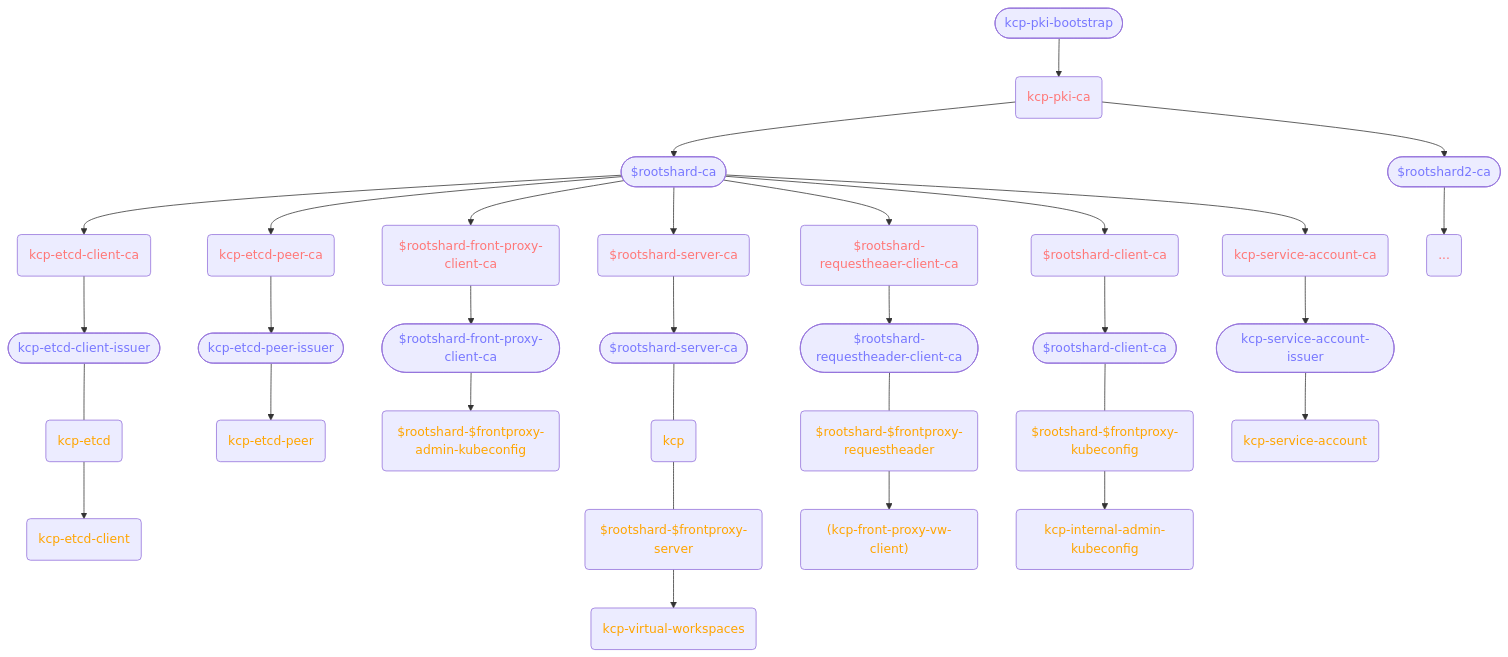
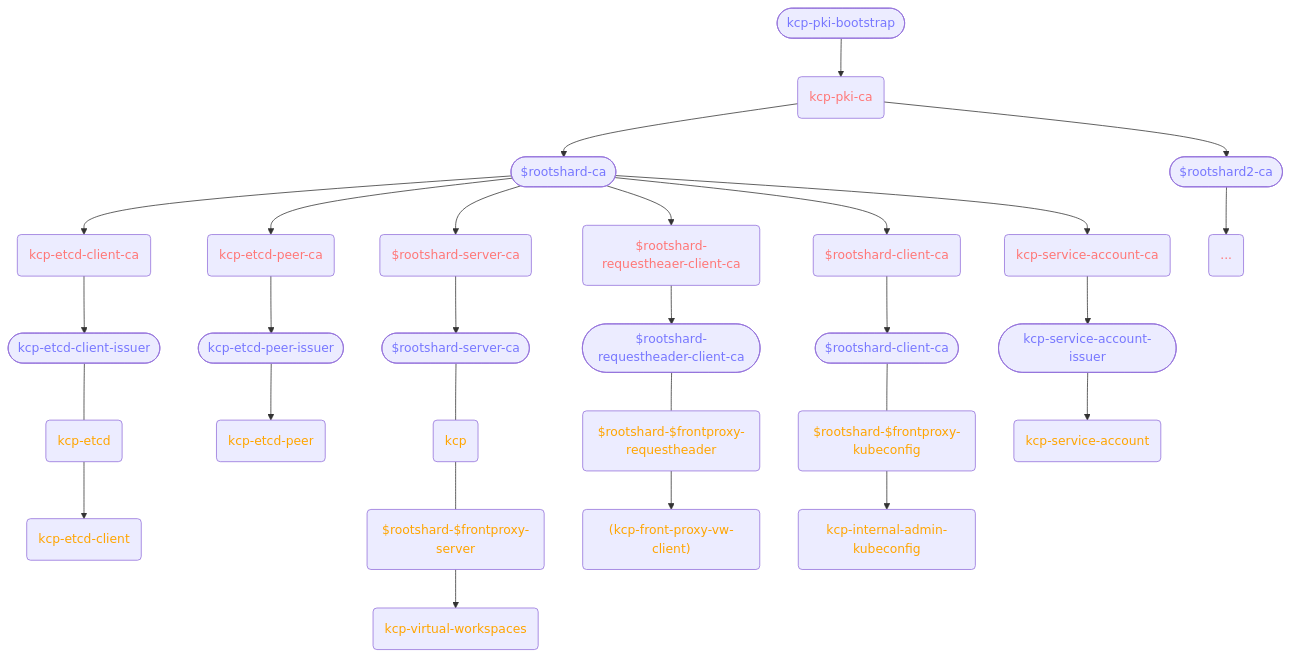
Before and after one commit to kcp-dev/kcp-operator: the diagram in docs/content/architecture/pki.md, drawn with Mermaid. The commit also changed other lines of this file and 46 other files, not shown here.

First line of the commit message:
Remove dedicated front-proxy client CA (#233)

````diff
--- a/docs/content/architecture/pki.md
+++ b/docs/content/architecture/pki.md
@@ -10,36 +10,33 @@
 ```mermaid
 graph TB
     A([kcp-pki-bootstrap]):::issuer --> B(kcp-pki-ca):::ca
     B --> C([$rootshard-ca]):::issuer
 
     C --> D(kcp-etcd-client-ca):::ca
     C --> E(kcp-etcd-peer-ca):::ca
-    C --> F($rootshard-front-proxy-client-ca):::ca
     C --> G($rootshard-server-ca):::ca
     C --> H($rootshard-requestheaer-client-ca):::ca
     C --> I($rootshard-client-ca):::ca
     C --> J(kcp-service-account-ca):::ca
 
     D --> K([kcp-etcd-client-issuer]):::issuer
     E --> L([kcp-etcd-peer-issuer]):::issuer
-    F --> M([$rootshard-front-proxy-client-ca]):::issuer
     G --> N([$rootshard-server-ca]):::issuer
     H --> O([$rootshard-requestheader-client-ca]):::issuer
     I --> P([$rootshard-client-ca]):::issuer
     J --> Q([kcp-service-account-issuer]):::issuer
 
     K --- K1(kcp-etcd):::cert --> K2(kcp-etcd-client):::cert
     L --> L1(kcp-etcd-peer):::cert
-    M --> M1($rootshard-$frontproxy-admin-kubeconfig):::cert
     N --- N1(kcp):::cert --- N2($rootshard-$frontproxy-server):::cert --> N3(kcp-virtual-workspaces):::cert
     O --- O1($rootshard-$frontproxy-requestheader):::cert --> O2("(kcp-front-proxy-vw-client)"):::cert
     P --- P1($rootshard-$frontproxy-kubeconfig):::cert --> P2(kcp-internal-admin-kubeconfig):::cert
     Q --> Q1(kcp-service-account):::cert
 
     B --> R([$rootshard2-ca]):::issuer
     R --> S(...):::ca
 
     classDef issuer color:#77F
     classDef ca color:#F77
     classDef cert color:orange
 ```
````
